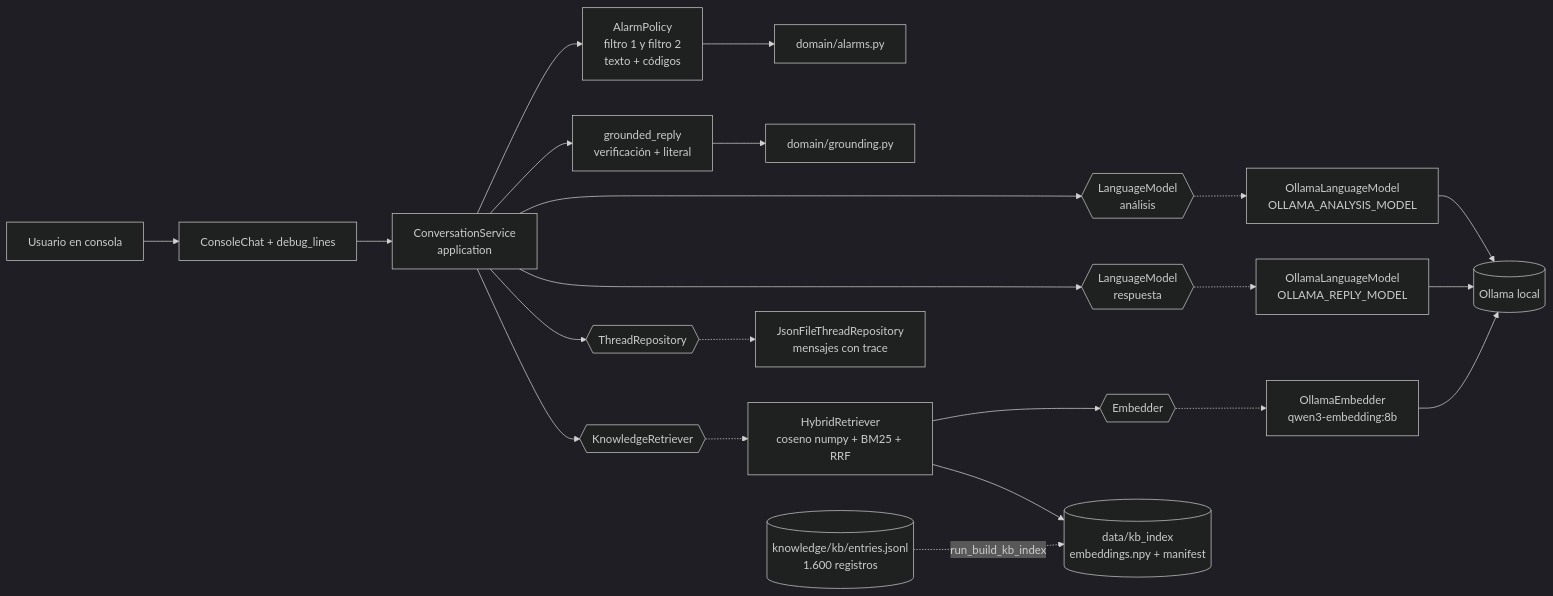
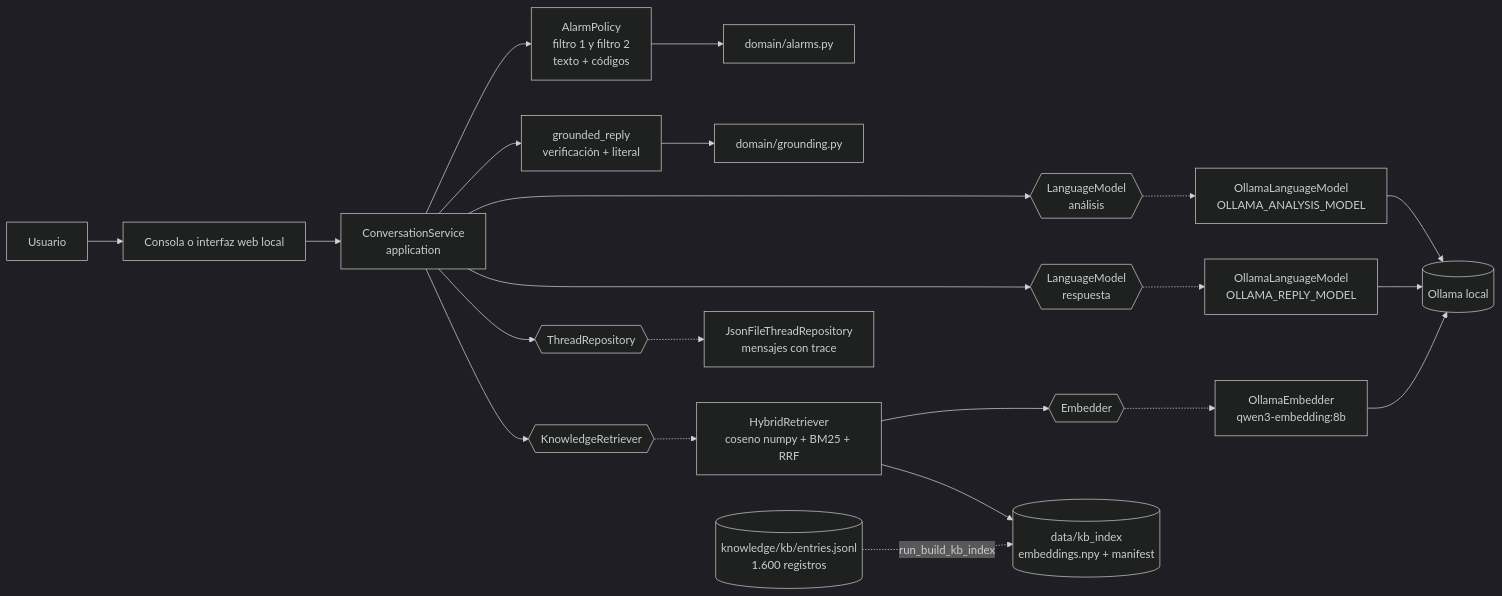
Before and after one commit to NicolasCastilloGaleano/chatbot-cardio-materno: the third of 4 diagrams in docs/02-arquitectura/arquitectura.md, drawn with Mermaid (dark theme). The commit also changed other lines of this file and 24 other files, not shown here.

Commit message:
feat(api): agrega interfaz local de chat y auditoría

````diff
--- a/docs/02-arquitectura/arquitectura.md
+++ b/docs/02-arquitectura/arquitectura.md
@@ -84,21 +84,21 @@
 ```mermaid
 flowchart LR
-    U[Usuario en consola] --> CC[ConsoleChat + debug_lines]
+    U[Usuario] --> CC[Consola o interfaz web local]
     CC --> CS[ConversationService<br/>application]
     CS --> AP[AlarmPolicy<br/>filtro 1 y filtro 2<br/>texto + códigos]
     AP --> DA[domain/alarms.py]
     CS --> AN{{LanguageModel<br/>análisis}}
     CS --> KR{{KnowledgeRetriever}}
     CS --> RE{{LanguageModel<br/>respuesta}}
     CS --> TR{{ThreadRepository}}
     CS --> GR[grounded_reply<br/>verificación + literal]
     GR --> DG[domain/grounding.py]
     AN -.-> OL1[OllamaLanguageModel<br/>OLLAMA_ANALYSIS_MODEL]
     RE -.-> OL2[OllamaLanguageModel<br/>OLLAMA_REPLY_MODEL]
     KR -.-> HR[HybridRetriever<br/>coseno numpy + BM25 + RRF]
     HR --> EM{{Embedder}} -.-> OE[OllamaEmbedder<br/>qwen3-embedding:8b]
     HR --> VI[(data/kb_index<br/>embeddings.npy + manifest)]
     KB[(knowledge/kb/entries.jsonl<br/>1.600 registros)] -. run_build_kb_index .-> VI
     TR -.-> JR[JsonFileThreadRepository<br/>mensajes con trace]
     OL1 & OL2 & OE --> OLL[(Ollama local)]
 ```
````
